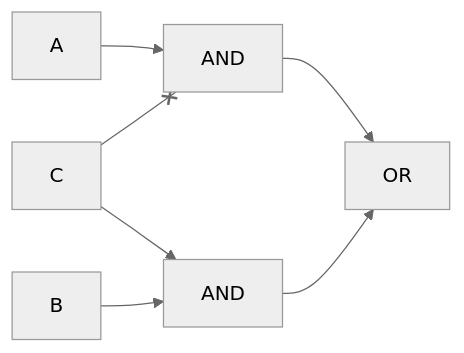
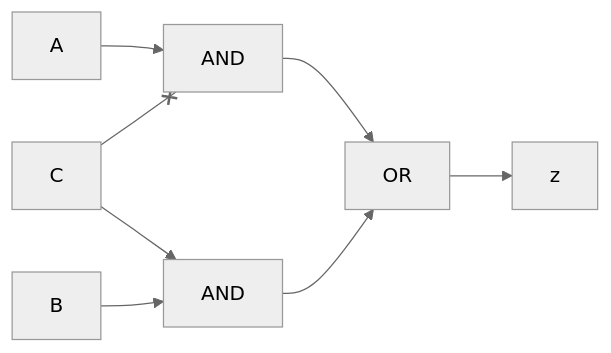
One commit to SuperSamus/appunti-universitari changed the diagram in Architettura e sistemi operativi/Bit/Processore/Mappa di Karnaugh.md. Above: the diagram before and after it, drawn with Mermaid (neutral theme).

Commit message:
vault backup: 2022-10-02 11:56:40

````diff
--- a/Architettura e sistemi operativi/Bit/Processore/Mappa di Karnaugh.md
+++ b/Architettura e sistemi operativi/Bit/Processore/Mappa di Karnaugh.md
@@ -218,8 +218,7 @@
 ```mermaid
 flowchart LR
 A --> AND1[AND]
 C --x AND1
 B & C --> AND2[AND]
-AND1 & AND2 --> OR
-
+AND1 & AND2 --> OR --> z
 ```
````
